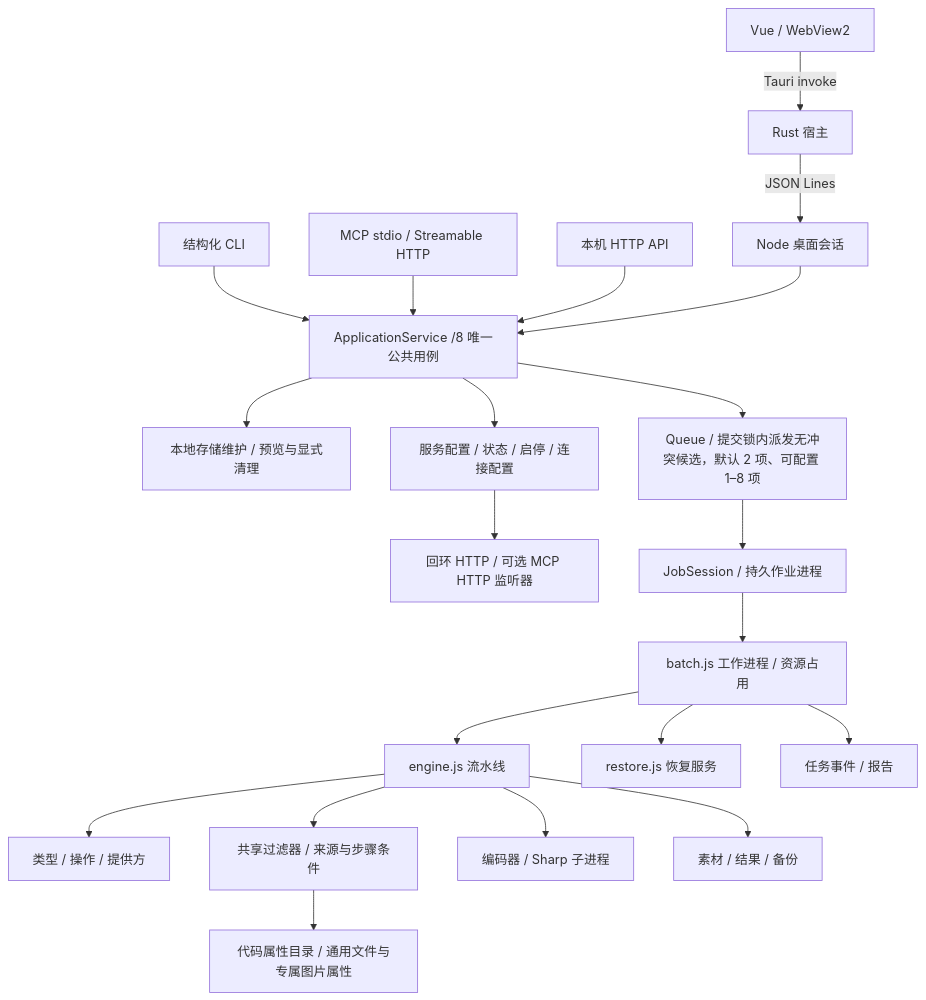
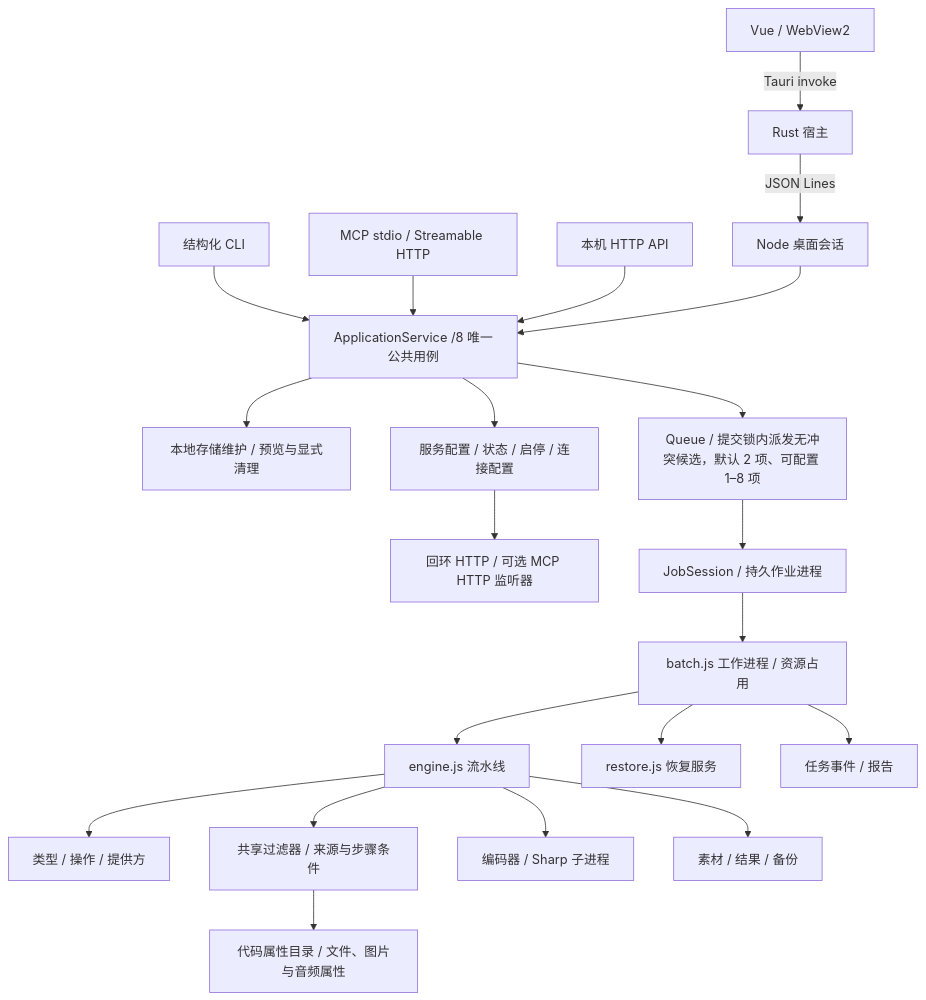
The diagram in docs/architecture/overview.md (ISQIShI/AssetToolbox), drawn with Mermaid before and after one commit. The commit also changed other lines of this file and 22 other files, not shown here.

````diff
--- a/docs/architecture/overview.md
+++ b/docs/architecture/overview.md
@@ -7,23 +7,23 @@
 ```mermaid
 flowchart TD
     UI[Vue / WebView2] -->|Tauri invoke| Host[Rust 宿主]
     Host -->|JSON Lines| Bridge[Node 桌面会话]
     CLI[结构化 CLI] --> Application[ApplicationService /8 唯一公共用例]
     MCP[MCP stdio / Streamable HTTP] --> Application
     HTTP[本机 HTTP API] --> Application
     Bridge --> Application
     Application --> Storage[本地存储维护 / 预览与显式清理]
     Application --> Services[服务配置 / 状态 / 启停 / 连接配置]
     Services --> Transport[回环 HTTP / 可选 MCP HTTP 监听器]
     Application --> Queue[Queue / 提交锁内派发无冲突候选，默认 2 项、可配置 1–8 项]
     Queue --> Session[JobSession / 持久作业进程]
     Session --> Worker[batch.js 工作进程 / 资源占用]
     Worker --> Engine[engine.js 流水线]
     Engine --> Catalog[类型 / 操作 / 提供方]
     Engine --> Filter[共享过滤器 / 来源与步骤条件]
-    Filter --> Properties[代码属性目录 / 通用文件与专属图片属性]
+    Filter --> Properties[代码属性目录 / 文件、图片与音频属性]
     Engine --> Tool[编码器 / Sharp 子进程]
     Worker --> Restore[restore.js 恢复服务]
     Worker --> Data[任务事件 / 报告]
     Engine --> Files[素材 / 结果 / 备份]
 ```
````
